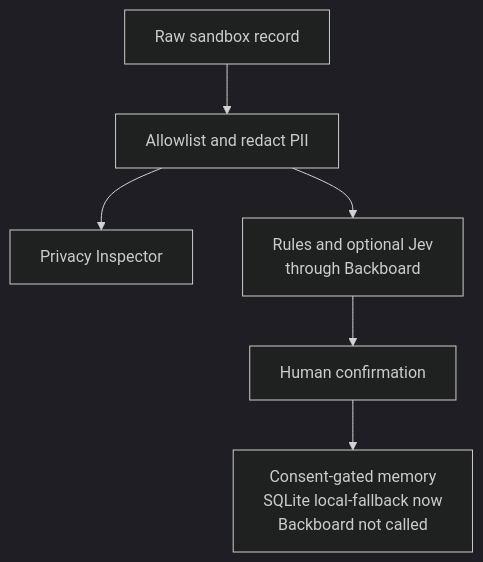
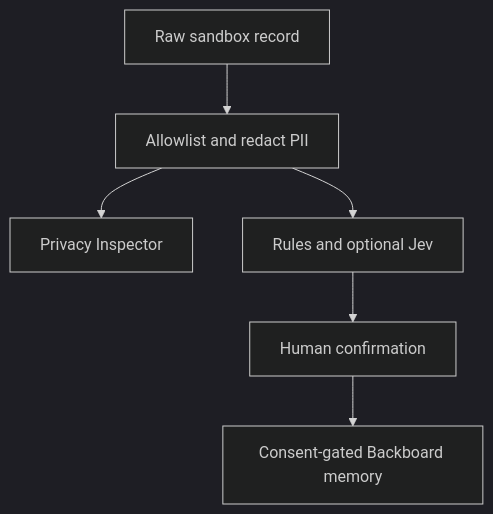
Before and after one commit to BrianChengEn/trustledger: the diagram in docs/diagrams/data-flow.mmd, drawn with Mermaid (dark theme). The commit also changed 51 other files, not shown here.

```diff
--- a/docs/diagrams/data-flow.mmd
+++ b/docs/diagrams/data-flow.mmd
@@ -1,12 +1,12 @@
 flowchart TB
   RAW["Raw sandbox record"]
   SAFE["Allowlist and redact PII"]
   INSPECT["Privacy Inspector"]
-  ANALYZE["Rules and optional Jev\nthrough Backboard"]
+  ANALYZE["Rules and optional Jev"]
   USER["Human confirmation"]
-  MEMORY["Consent-gated memory\nSQLite local-fallback now\nBackboard not called"]
+  MEMORY["Consent-gated Backboard memory"]
   RAW --> SAFE
   SAFE --> INSPECT
   SAFE --> ANALYZE
   ANALYZE --> USER
   USER --> MEMORY
```
